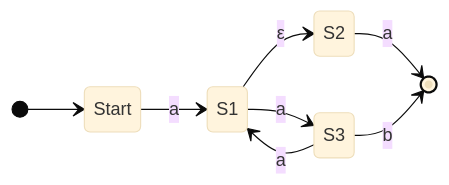
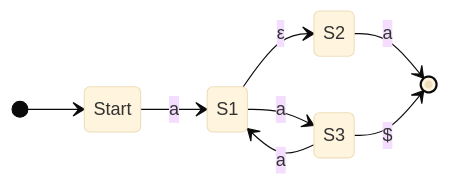
The second of 3 diagrams in _posts/2023-09-09-regular-language-and-automata.markdown (zinh/zinh.github.io), drawn with Mermaid (base theme) before and after one commit. The commit also changed other lines of this file, not shown here.

````diff
--- a/_posts/2023-09-09-regular-language-and-automata.markdown
+++ b/_posts/2023-09-09-regular-language-and-automata.markdown
@@ -146,11 +152,11 @@
 ```mermaid
 stateDiagram-v2
   direction LR
   [*] --> Start
   Start --> S1: a
   S1 --> S2: ε
   S1 --> S3: a
   S3 --> S1: a
   S2 --> [*]: a
-  S3 --> [*]: b
+  S3 --> [*]: $
 ```
````
